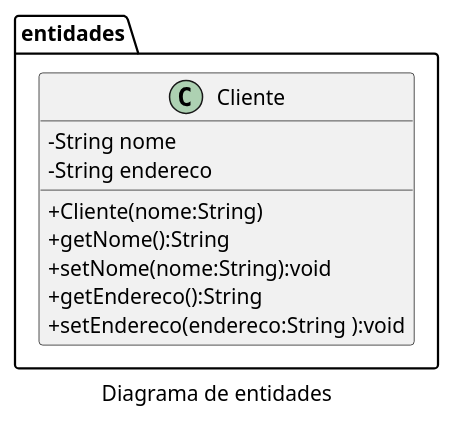
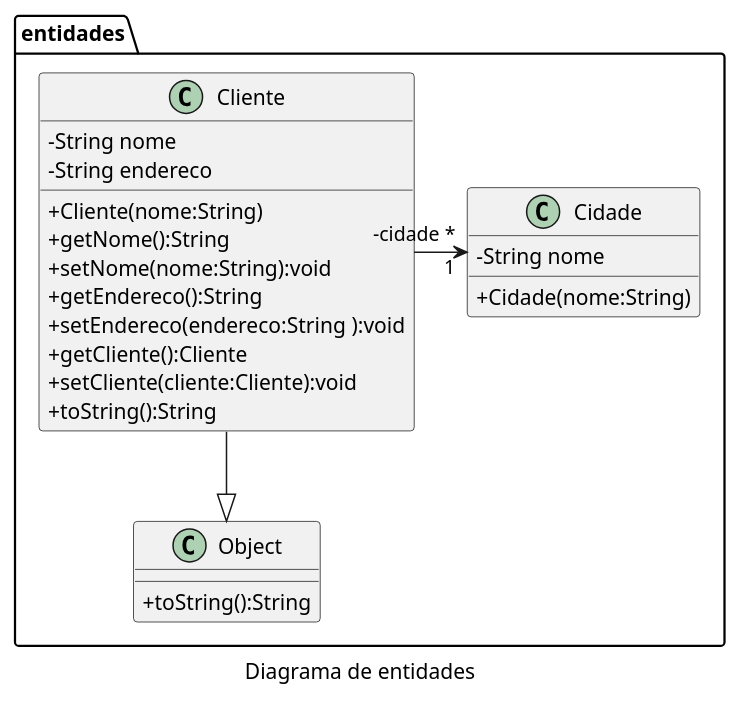
One commit to waltercoan/fso-turmab-revoo changed the diagram in diagramas/classes.puml. Above: the diagram before and after it, drawn with PlantUML. The commit also changed 4 other files, not shown here.

```diff
--- a/diagramas/classes.puml
+++ b/diagramas/classes.puml
@@ -1,16 +1,28 @@
 @startuml
 skinparam classAttributeIconSize 0
 ' left to right direction
 caption Diagrama de entidades
 namespace entidades {
     class Cliente {
         - String nome
         - String endereco
         + Cliente(nome:String)
         + getNome():String
         + setNome(nome:String):void
         + getEndereco():String
         + setEndereco(endereco:String ):void
+        + getCliente():Cliente
+        + setCliente(cliente:Cliente):void
+        + toString():String
     }
+    class Cidade {
+        - String nome
+        + Cidade(nome:String)
+    }
+    class Object {
+        + toString():String
+    }
+    Cliente "-cidade *" -> "1" Cidade
+    Cliente --|>  Object
 }
 @enduml
```
